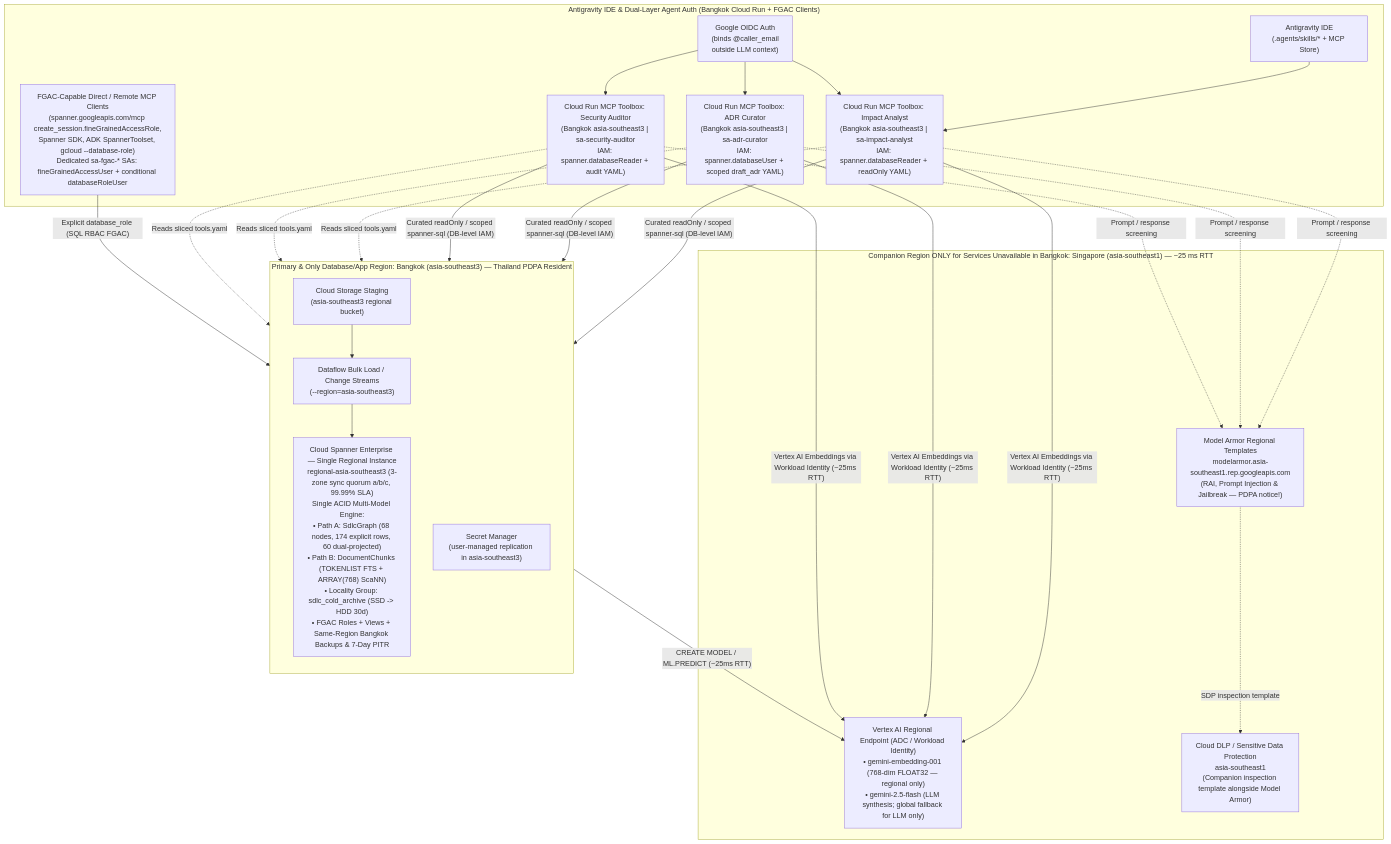
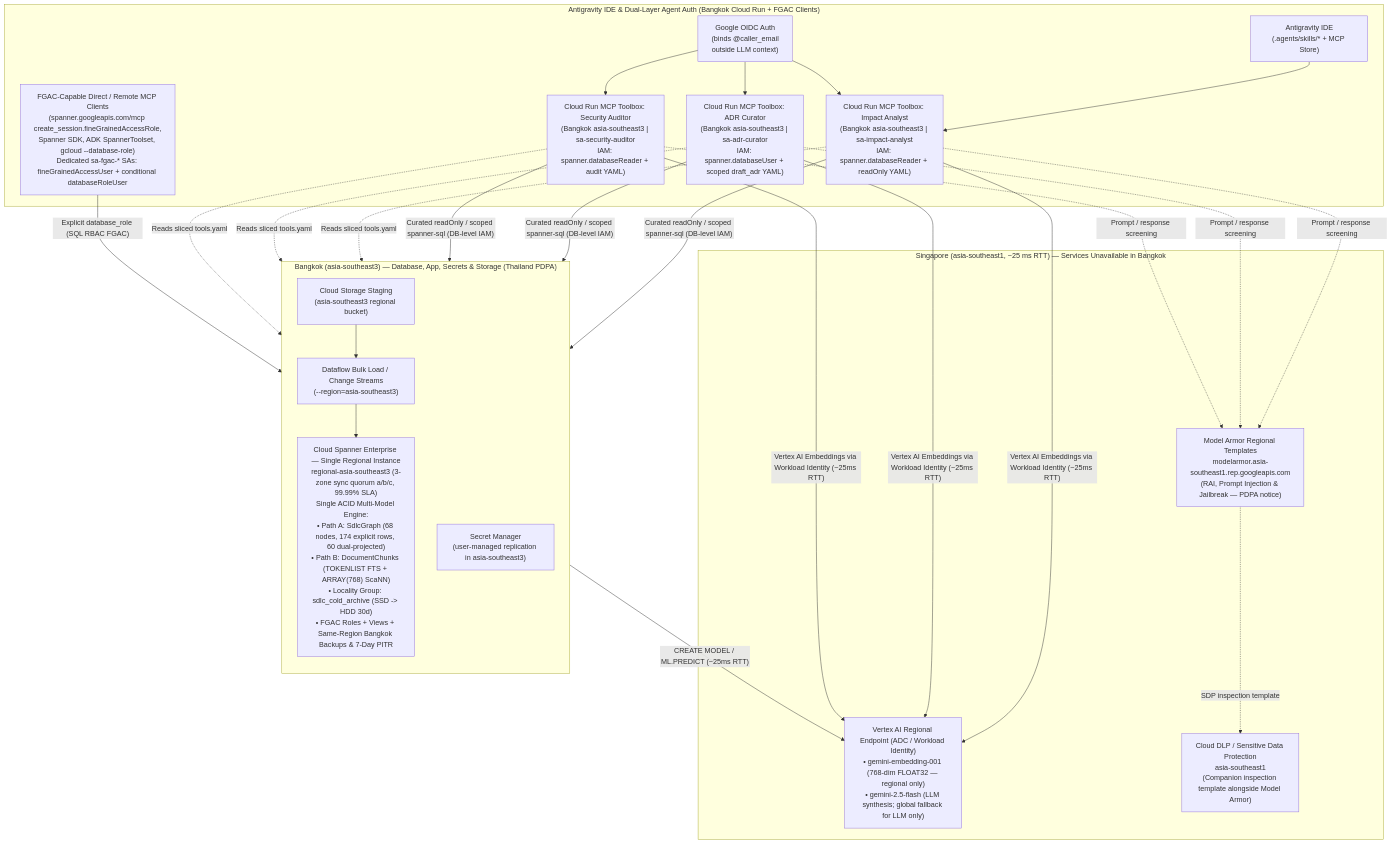
The diagram in WORKSHOP_CONTENT_PLAN.md (jiratouchmhp/spanner-graph-sdlc-workshop), drawn with Mermaid before and after one commit. The commit also changed other lines of this file and 13 other files, not shown here.

````diff
--- a/WORKSHOP_CONTENT_PLAN.md
+++ b/WORKSHOP_CONTENT_PLAN.md
@@ -64,36 +58,36 @@
 ```mermaid
 flowchart TB
     subgraph IDE_AGENTS["Antigravity IDE & Dual-Layer Agent Auth (Bangkok Cloud Run + FGAC Clients)"]
         AG["Antigravity IDE\n(.agents/skills/* + MCP Store)"]
         P1["Cloud Run MCP Toolbox: Impact Analyst\n(Bangkok asia-southeast3 | sa-impact-analyst\nIAM: spanner.databaseReader + readOnly YAML)"]
         P2["Cloud Run MCP Toolbox: ADR Curator\n(Bangkok asia-southeast3 | sa-adr-curator\nIAM: spanner.databaseUser + scoped draft_adr YAML)"]
         P3["Cloud Run MCP Toolbox: Security Auditor\n(Bangkok asia-southeast3 | sa-security-auditor\nIAM: spanner.databaseReader + audit YAML)"]
         FGAC_CLI["FGAC-Capable Direct / Remote MCP Clients\n(spanner.googleapis.com/mcp create_session.fineGrainedAccessRole,\nSpanner SDK, ADK SpannerToolset, gcloud --database-role)\nDedicated sa-fgac-* SAs: fineGrainedAccessUser + conditional databaseRoleUser"]
         OIDC["Google OIDC Auth\n(binds @caller_email\noutside LLM context)"]
         AG --> P1
         OIDC --> P1 & P2 & P3
     end
 
-    subgraph BKK["Primary & Only Database/App Region: Bangkok (asia-southeast3) — Thailand PDPA Resident"]
+    subgraph BKK["Bangkok (asia-southeast3) — Database, App, Secrets & Storage (Thailand PDPA)"]
         direction TB
         SP["Cloud Spanner Enterprise — Single Regional Instance\nregional-asia-southeast3 (3-zone sync quorum a/b/c, 99.99% SLA)\nSingle ACID Multi-Model Engine:\n• Path A: SdlcGraph (68 nodes, 174 explicit rows, 60 dual-projected)\n• Path B: DocumentChunks (TOKENLIST FTS + ARRAY<FLOAT32>(768) ScaNN)\n• Locality Group: sdlc_cold_archive (SSD -> HDD 30d)\n• FGAC Roles + Views + Same-Region Bangkok Backups & 7-Day PITR"]
         SM["Secret Manager\n(user-managed replication in asia-southeast3)"]
         GCS["Cloud Storage Staging\n(asia-southeast3 regional bucket)"]
         DF["Dataflow Bulk Load / Change Streams\n(--region=asia-southeast3)"]
         GCS --> DF --> SP
     end
 
-    subgraph SG["Companion Region ONLY for Services Unavailable in Bangkok: Singapore (asia-southeast1) — ~25 ms RTT"]
+    subgraph SG["Singapore (asia-southeast1, ~25 ms RTT) — Services Unavailable in Bangkok"]
         VAI["Vertex AI Regional Endpoint (ADC / Workload Identity)\n• gemini-embedding-001 (768-dim FLOAT32 — regional only)\n• gemini-2.5-flash (LLM synthesis; global fallback for LLM only)"]
-        MA["Model Armor Regional Templates\nmodelarmor.asia-southeast1.rep.googleapis.com\n(RAI, Prompt Injection & Jailbreak — PDPA notice!)"]
+        MA["Model Armor Regional Templates\nmodelarmor.asia-southeast1.rep.googleapis.com\n(RAI, Prompt Injection & Jailbreak — PDPA notice)"]
         DLP["Cloud DLP / Sensitive Data Protection\nasia-southeast1\n(Companion inspection template alongside Model Armor)"]
     end
 
     P1 & P2 & P3 -- "Curated readOnly / scoped spanner-sql (DB-level IAM)" --> SP
     P1 & P2 & P3 -. "Reads sliced tools.yaml" .-> SM
     P1 & P2 & P3 -- "Vertex AI Embeddings via Workload Identity (~25ms RTT)" --> VAI
     FGAC_CLI -- "Explicit database_role (SQL RBAC FGAC)" --> SP
     P1 & P2 & P3 -. "Prompt / response screening" .-> MA
     MA -. "SDP inspection template" .-> DLP
     SP -- "CREATE MODEL / ML.PREDICT (~25ms RTT)" --> VAI
 ```
````
